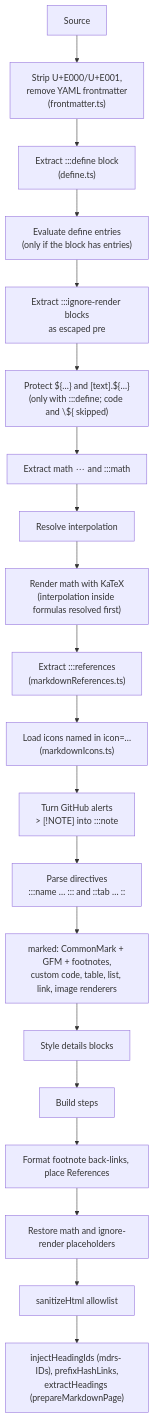
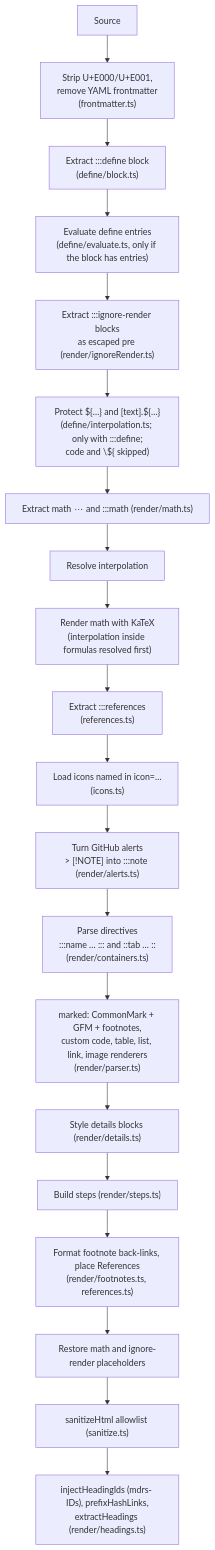
The diagram in docs/002-mdrs/003-reference/002-rendering-pipeline.md (farhnkrnapratma/idstead), drawn with Mermaid before and after one commit. The commit also changed other lines of this file and 59 other files, not shown here.

First line of the commit message:
refactor(mdrs): split the renderer and :::define into single-purpose modules

````diff
--- a/docs/002-mdrs/003-reference/002-rendering-pipeline.md
+++ b/docs/002-mdrs/003-reference/002-rendering-pipeline.md
@@ -7,22 +9,22 @@
 ```mermaid
 flowchart TD
     A[Source] --> A1["Strip U+E000/U+E001,<br/>remove YAML frontmatter<br/>(frontmatter.ts)"]
-    A1 --> B["Extract :::define block<br/>(define.ts)"]
-    B --> C["Evaluate define entries<br/>(only if the block has entries)"]
-    C --> D["Extract :::ignore-render blocks<br/>as escaped pre"]
-    D --> E["Protect ${…} and [text].${…}<br/>(only with :::define; code and \${ skipped)"]
-    E --> F["Extract math<br/>$$ … $$ and :::math"]
+    A1 --> B["Extract :::define block<br/>(define/block.ts)"]
+    B --> C["Evaluate define entries<br/>(define/evaluate.ts, only if the block has entries)"]
+    C --> D["Extract :::ignore-render blocks<br/>as escaped pre (render/ignoreRender.ts)"]
+    D --> E["Protect ${…} and [text].${…}<br/>(define/interpolation.ts; only with :::define;<br/>code and \${ skipped)"]
+    E --> F["Extract math<br/>$$ … $$ and :::math (render/math.ts)"]
     F --> G[Resolve interpolation]
     G --> H["Render math with KaTeX<br/>(interpolation inside formulas resolved first)"]
-    H --> I["Extract :::references<br/>(markdownReferences.ts)"]
-    I --> J["Load icons named in icon=…<br/>(markdownIcons.ts)"]
-    J --> J1["Turn GitHub alerts<br/>> [!NOTE] into :::note"]
-    J1 --> K["Parse directives<br/>:::name … ::: and ::tab … ::"]
-    K --> L["marked: CommonMark + GFM + footnotes,<br/>custom code, table, list, link, image renderers"]
-    L --> M[Style details blocks]
-    M --> N[Build steps]
-    N --> O[Format footnote back-links, place References]
+    H --> I["Extract :::references<br/>(references.ts)"]
+    I --> J["Load icons named in icon=…<br/>(icons.ts)"]
+    J --> J1["Turn GitHub alerts<br/>> [!NOTE] into :::note (render/alerts.ts)"]
+    J1 --> K["Parse directives<br/>:::name … ::: and ::tab … ::<br/>(render/containers.ts)"]
+    K --> L["marked: CommonMark + GFM + footnotes,<br/>custom code, table, list, link, image renderers<br/>(render/parser.ts)"]
+    L --> M["Style details blocks (render/details.ts)"]
+    M --> N["Build steps (render/steps.ts)"]
+    N --> O["Format footnote back-links, place References<br/>(render/footnotes.ts, references.ts)"]
     O --> P[Restore math and ignore-render placeholders]
-    P --> Q["sanitizeHtml allowlist"]
-    Q --> R["injectHeadingIds (mdrs- IDs), prefixHashLinks,<br/>extractHeadings (prepareMarkdownPage)"]
+    P --> Q["sanitizeHtml allowlist (sanitize.ts)"]
+    Q --> R["injectHeadingIds (mdrs- IDs), prefixHashLinks,<br/>extractHeadings (render/headings.ts)"]
 ```
````
